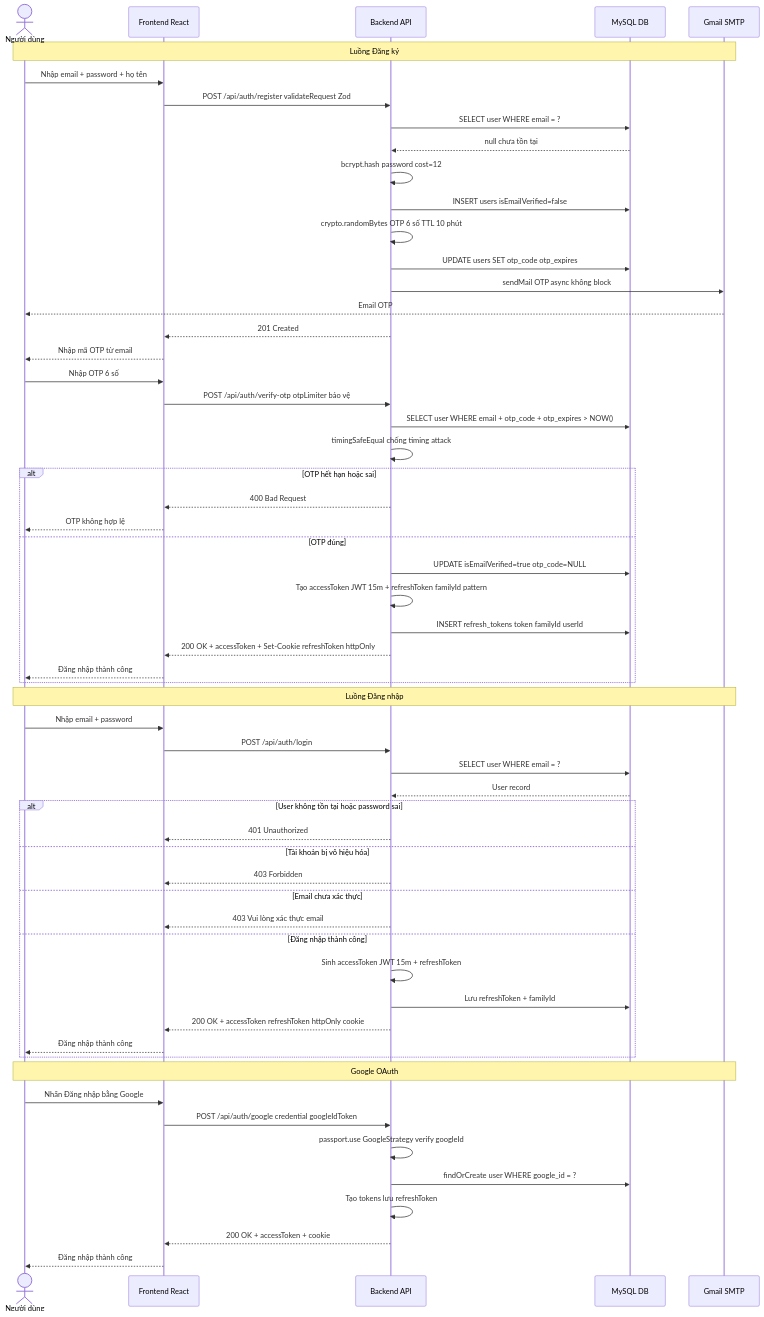
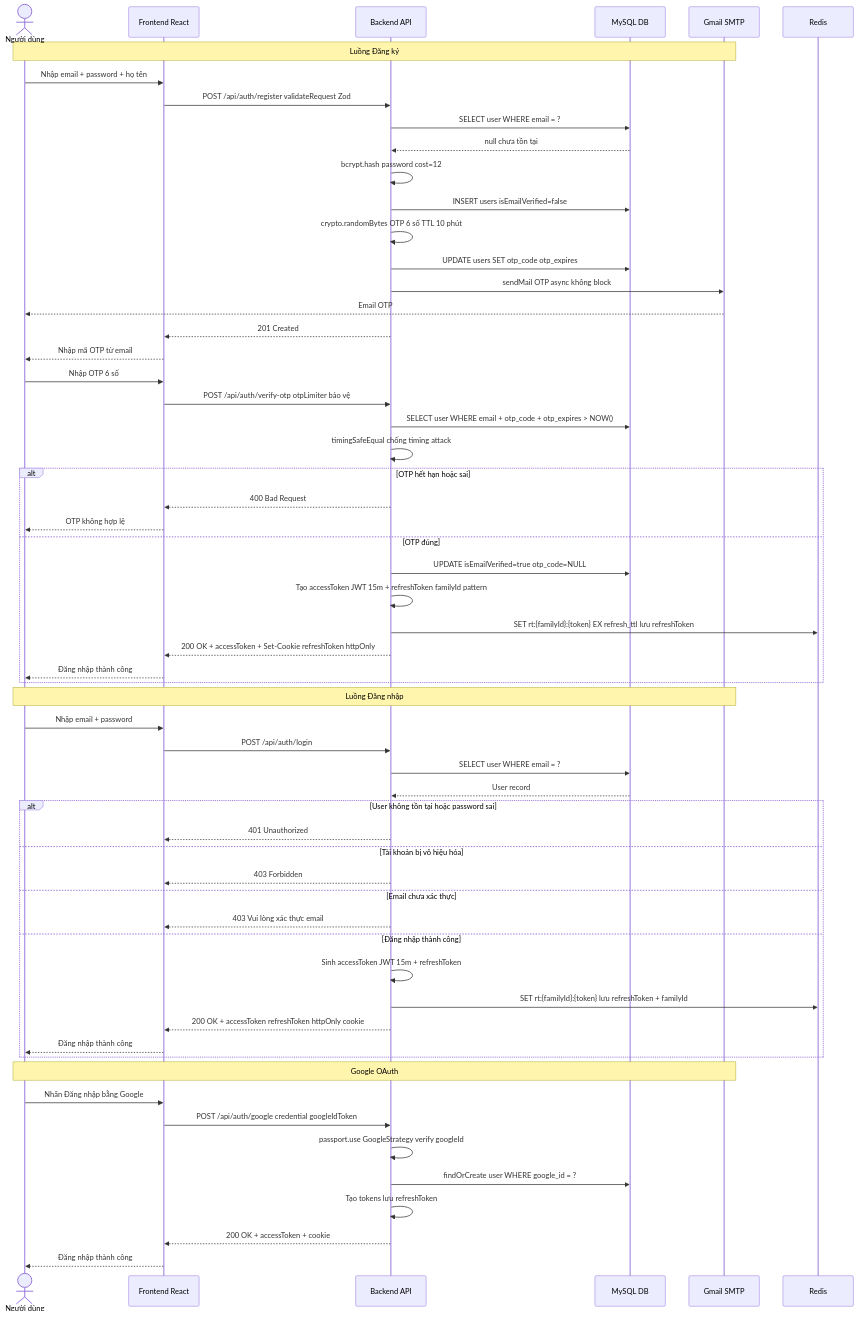
Diagram 12 of 29 in DIAGRAMS.md (MinhThang1009/E-commerce-website), drawn with Mermaid before and after one commit. The commit also changed other lines of this file, not shown here.

Commit message:
docs: sửa layout biểu đồ (flowchart, direction TB) và sequence refresh_tokens Redis

````diff
--- a/DIAGRAMS.md
+++ b/DIAGRAMS.md
@@ -461,68 +461,68 @@
 ```mermaid
 sequenceDiagram
     actor User as Người dùng
     participant FE as Frontend React
     participant API as Backend API
     participant DB as MySQL DB
     participant Mail as Gmail SMTP
 
     Note over User,Mail: Luồng Đăng ký
 
     User->>FE: Nhập email + password + họ tên
     FE->>API: POST /api/auth/register validateRequest Zod
     API->>DB: SELECT user WHERE email = ?
     DB-->>API: null chưa tồn tại
     API->>API: bcrypt.hash password cost=12
     API->>DB: INSERT users isEmailVerified=false
     API->>API: crypto.randomBytes OTP 6 số TTL 10 phút
     API->>DB: UPDATE users SET otp_code otp_expires
     API->>Mail: sendMail OTP async không block
     Mail-->>User: Email OTP
     API-->>FE: 201 Created
     FE-->>User: Nhập mã OTP từ email
 
     User->>FE: Nhập OTP 6 số
     FE->>API: POST /api/auth/verify-otp otpLimiter bảo vệ
     API->>DB: SELECT user WHERE email + otp_code + otp_expires > NOW()
     API->>API: timingSafeEqual chống timing attack
     alt OTP hết hạn hoặc sai
         API-->>FE: 400 Bad Request
         FE-->>User: OTP không hợp lệ
     else OTP đúng
         API->>DB: UPDATE isEmailVerified=true otp_code=NULL
         API->>API: Tạo accessToken JWT 15m + refreshToken familyId pattern
-        API->>DB: INSERT refresh_tokens token familyId userId
+        API->>Redis: SET rt:{familyId}:{token} EX refresh_ttl lưu refreshToken
         API-->>FE: 200 OK + accessToken + Set-Cookie refreshToken httpOnly
         FE-->>User: Đăng nhập thành công
     end
 
     Note over User,Mail: Luồng Đăng nhập
 
     User->>FE: Nhập email + password
     FE->>API: POST /api/auth/login
     API->>DB: SELECT user WHERE email = ?
     DB-->>API: User record
 
     alt User không tồn tại hoặc password sai
         API-->>FE: 401 Unauthorized
     else Tài khoản bị vô hiệu hóa
         API-->>FE: 403 Forbidden
     else Email chưa xác thực
         API-->>FE: 403 Vui lòng xác thực email
     else Đăng nhập thành công
         API->>API: Sinh accessToken JWT 15m + refreshToken
-        API->>DB: Lưu refreshToken + familyId
+        API->>Redis: SET rt:{familyId}:{token} lưu refreshToken + familyId
         API-->>FE: 200 OK + accessToken refreshToken httpOnly cookie
         FE-->>User: Đăng nhập thành công
     end
 
     Note over User,Mail: Google OAuth
 
     User->>FE: Nhấn Đăng nhập bằng Google
     FE->>API: POST /api/auth/google credential googleIdToken
     API->>API: passport.use GoogleStrategy verify googleId
     API->>DB: findOrCreate user WHERE google_id = ?
     API->>API: Tạo tokens lưu refreshToken
     API-->>FE: 200 OK + accessToken + cookie
     FE-->>User: Đăng nhập thành công
 ```
````
